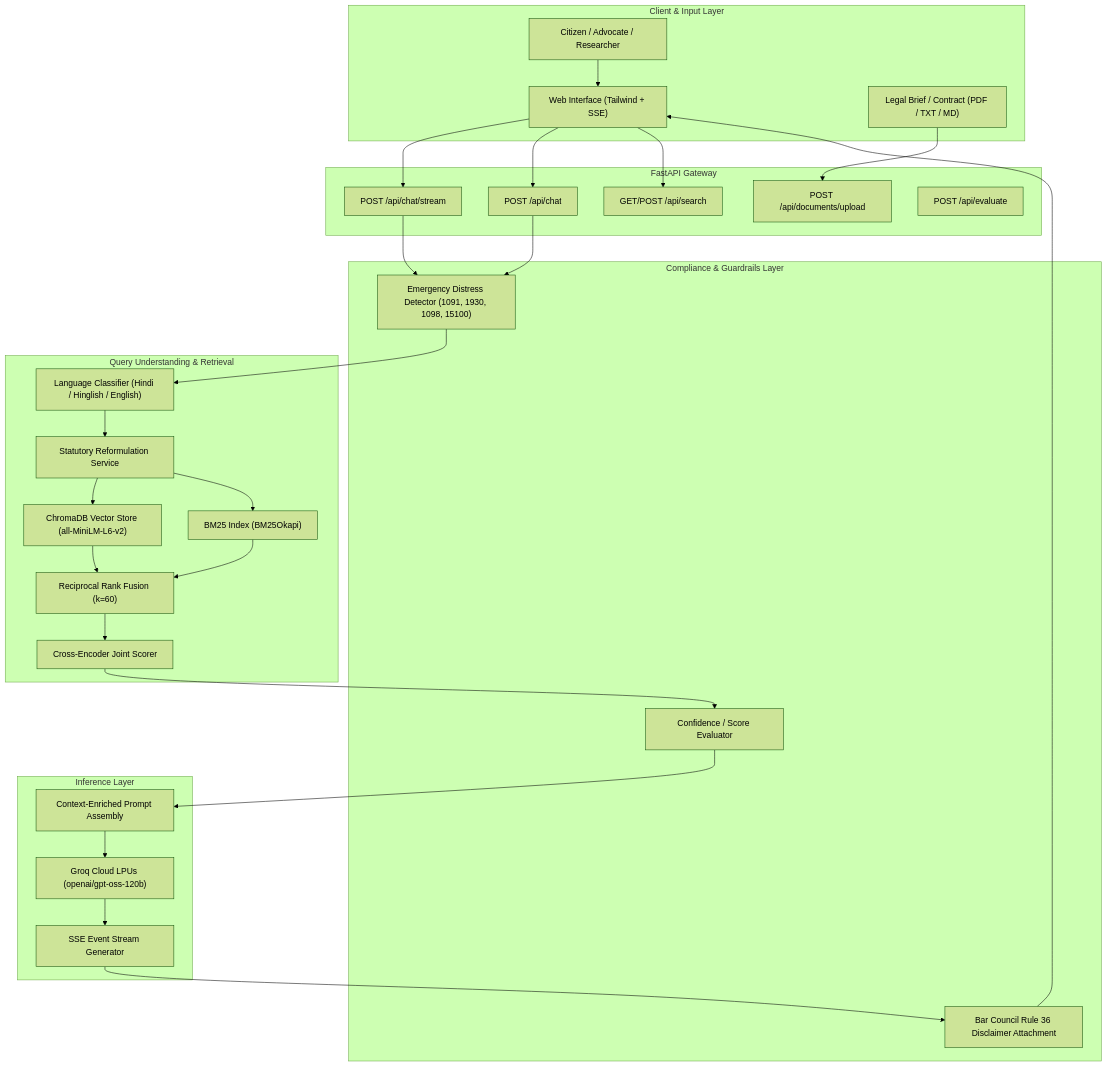
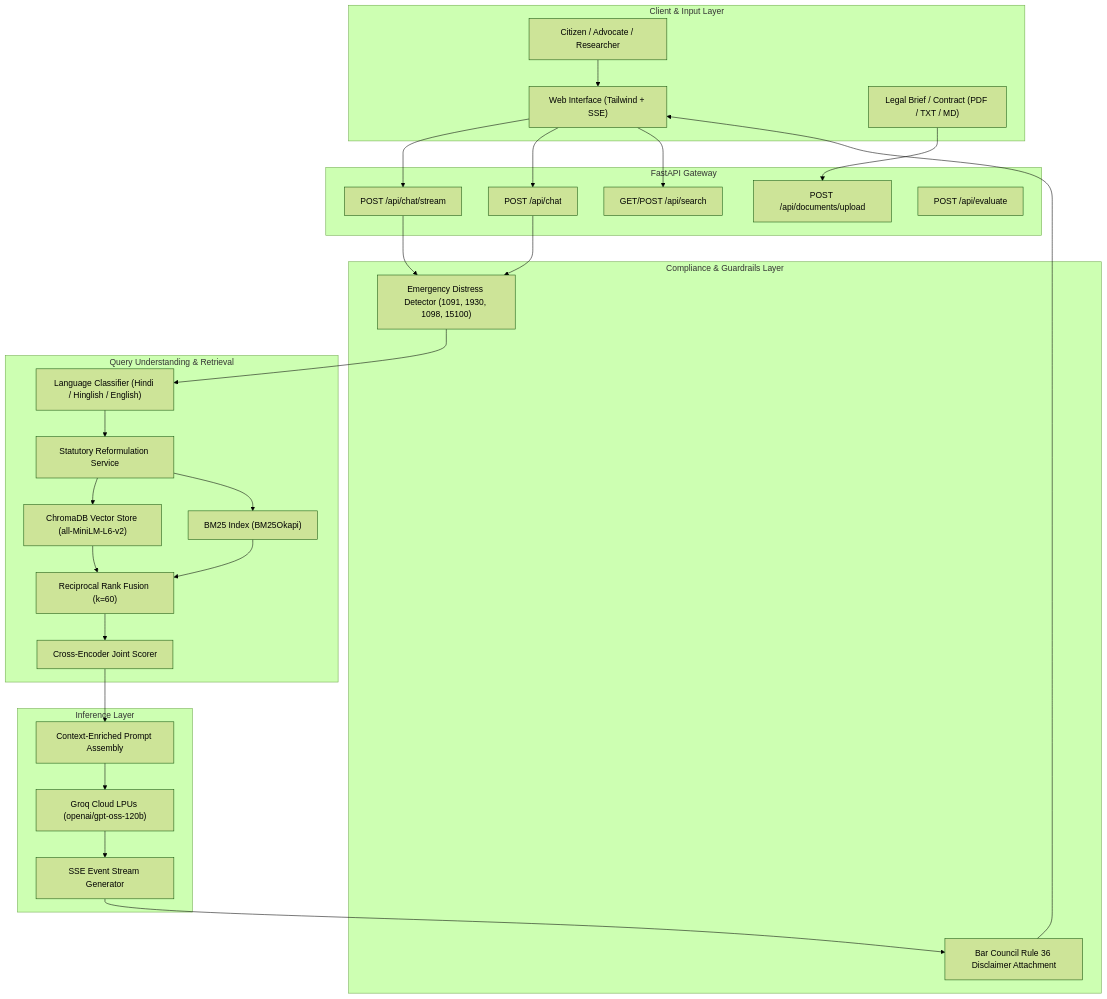
One commit to RK0297/Legal-Chatbot changed the first of 4 diagrams in README.md. Above: the diagram before and after it, drawn with Mermaid (forest theme). The commit also changed other lines of this file, not shown here.

Commit message:
docs: remove unverified confidence gating claims and credit HF dataset

````diff
--- a/README.md
+++ b/README.md
@@ -90,56 +90,54 @@
 ```mermaid
 flowchart TD
     subgraph ClientLayer["Client & Input Layer"]
         User["Citizen / Advocate / Researcher"]
         WebUI["Web Interface (Tailwind + SSE)"]
         UploadDoc["Legal Brief / Contract (PDF / TXT / MD)"]
     end
 
     subgraph APILayer["FastAPI Gateway"]
         StreamEndpoint["POST /api/chat/stream"]
         SyncEndpoint["POST /api/chat"]
         UploadEndpoint["POST /api/documents/upload"]
         SearchEndpoint["GET/POST /api/search"]
         EvalEndpoint["POST /api/evaluate"]
     end
 
     subgraph GuardrailsEngine["Compliance & Guardrails Layer"]
         EmergencyCheck["Emergency Distress Detector (1091, 1930, 1098, 15100)"]
-        ConfidenceCheck["Confidence / Score Evaluator"]
         DisclaimerCheck["Bar Council Rule 36 Disclaimer Attachment"]
     end
 
     subgraph QueryEngine["Query Understanding & Retrieval"]
         LangDetector["Language Classifier (Hindi / Hinglish / English)"]
         SelfQuery["Statutory Reformulation Service"]
         DenseSearch["ChromaDB Vector Store (all-MiniLM-L6-v2)"]
         SparseSearch["BM25 Index (BM25Okapi)"]
         RRF["Reciprocal Rank Fusion (k=60)"]
         CrossRerank["Cross-Encoder Joint Scorer"]
     end
 
     subgraph GenerationEngine["Inference Layer"]
         PromptBuilder["Context-Enriched Prompt Assembly"]
         GroqLPU["Groq Cloud LPUs (openai/gpt-oss-120b)"]
         SSEGenerator["SSE Event Stream Generator"]
     end
 
     User --> WebUI
     UploadDoc --> UploadEndpoint
     WebUI --> StreamEndpoint
     WebUI --> SyncEndpoint
     WebUI --> SearchEndpoint
 
     StreamEndpoint & SyncEndpoint --> EmergencyCheck
     EmergencyCheck --> LangDetector
     LangDetector --> SelfQuery
     SelfQuery --> DenseSearch & SparseSearch
     DenseSearch & SparseSearch --> RRF
     RRF --> CrossRerank
-    CrossRerank --> ConfidenceCheck
-    ConfidenceCheck --> PromptBuilder
+    CrossRerank --> PromptBuilder
     PromptBuilder --> GroqLPU
     GroqLPU --> SSEGenerator
     SSEGenerator --> DisclaimerCheck
     DisclaimerCheck --> WebUI
 ```
````
